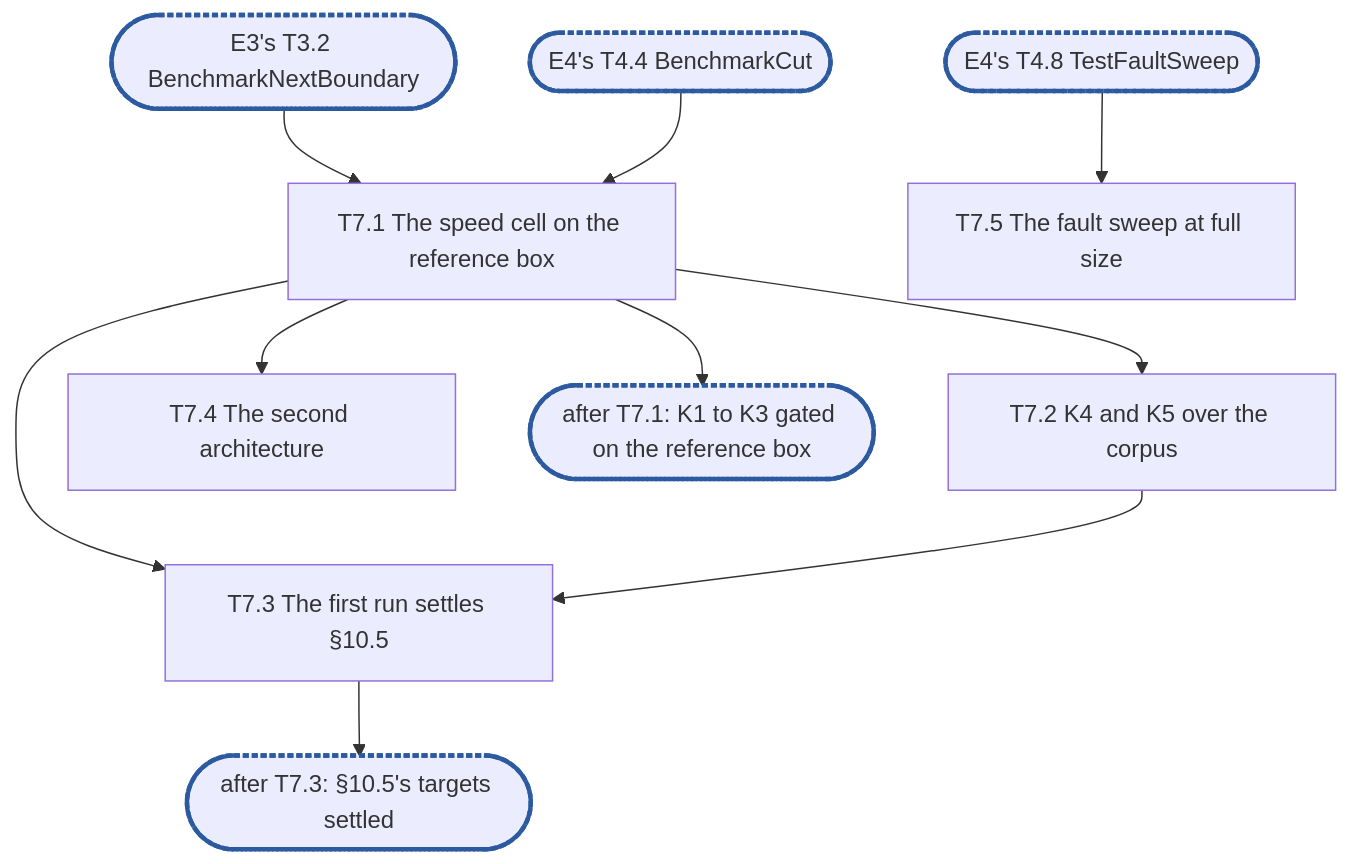
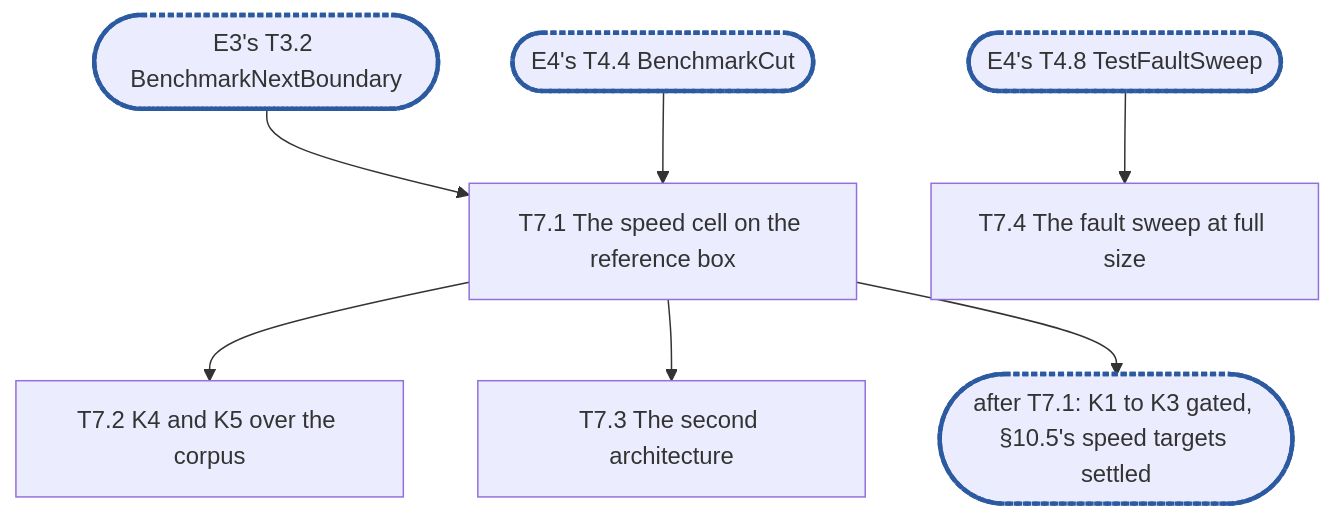
Before and after one commit to cubbit/dittofs: the diagram in .planning/rfc-2-carver-epic7.md, drawn with Mermaid. The commit also changed other lines of this file, not shown here.

````diff
--- a/.planning/rfc-2-carver-epic7.md
+++ b/.planning/rfc-2-carver-epic7.md
@@ -524,12 +489,10 @@
 ```mermaid
 flowchart TD
   E3(["E3's T3.2 BenchmarkNextBoundary"]):::sync --> T7_1["T7.1 The speed cell on the reference box"]
   E4(["E4's T4.4 BenchmarkCut"]):::sync --> T7_1
   T7_1 --> T7_2["T7.2 K4 and K5 over the corpus"]
-  T7_1 & T7_2 --> T7_3["T7.3 The first run settles §10.5"]
-  T7_1 --> T7_4["T7.4 The second architecture"]
-  E4S(["E4's T4.8 TestFaultSweep"]):::sync --> T7_5["T7.5 The fault sweep at full size"]
-  T7_1 --> CP1(["after T7.1: K1 to K3 gated on the reference box"]):::sync
-  T7_3 --> CP2(["after T7.3: §10.5's targets settled"]):::sync
+  T7_1 --> T7_3["T7.3 The second architecture"]
+  E4S(["E4's T4.8 TestFaultSweep"]):::sync --> T7_4["T7.4 The fault sweep at full size"]
+  T7_1 --> CP1(["after T7.1: K1 to K3 gated, §10.5's speed targets settled"]):::sync
   classDef sync stroke:#2c5aa0,stroke-width:3px,stroke-dasharray:4 2
 ```
````
